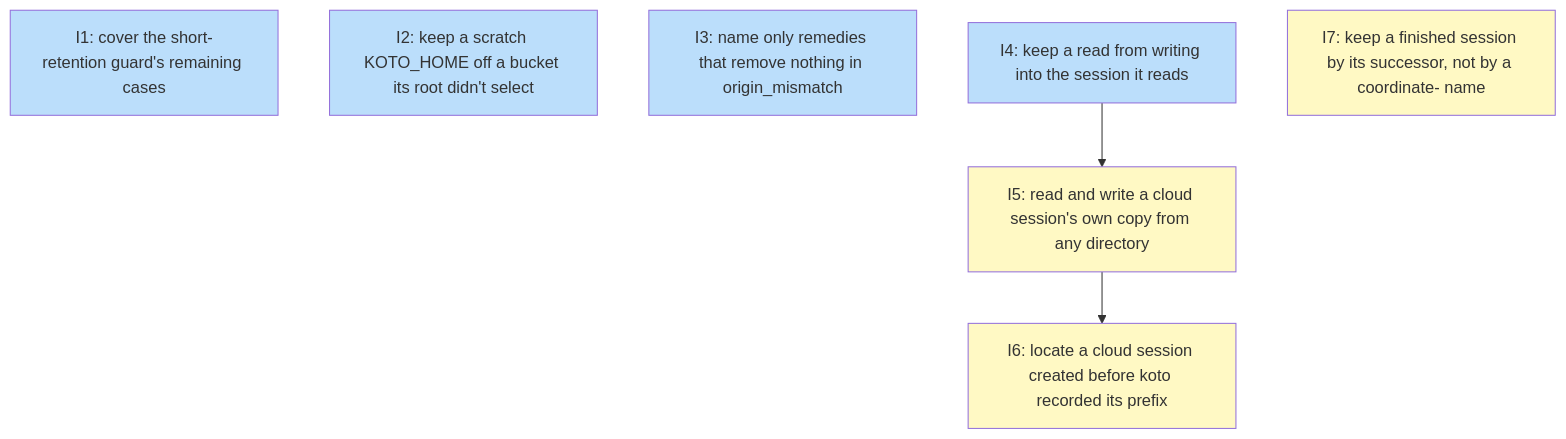
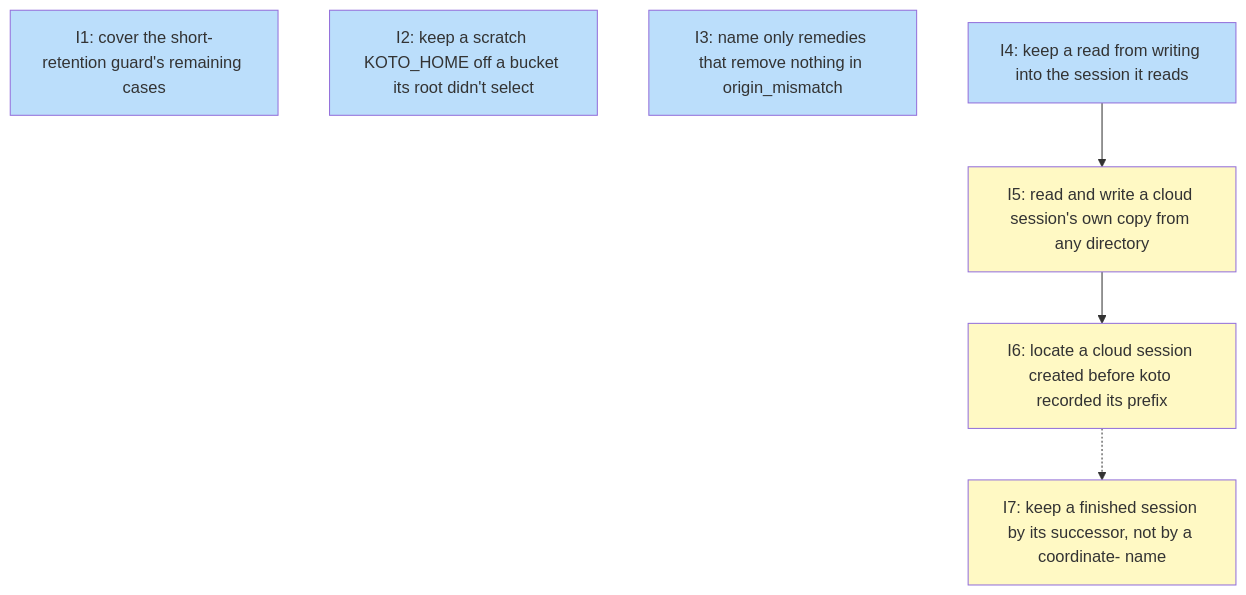
One commit to tsukumogami/koto changed the diagram in docs/plans/PLAN-koto-trusted-removal.md. Above: the diagram before and after it, drawn with Mermaid. The commit also changed other lines of this file, not shown here.

````diff
--- a/docs/plans/PLAN-koto-trusted-removal.md
+++ b/docs/plans/PLAN-koto-trusted-removal.md
@@ -211,19 +211,20 @@
 ```mermaid
 graph TD
     I1["I1: cover the short-retention guard's remaining cases"]
     I2["I2: keep a scratch KOTO_HOME off a bucket its root didn't select"]
     I3["I3: name only remedies that remove nothing in origin_mismatch"]
     I4["I4: keep a read from writing into the session it reads"]
     I5["I5: read and write a cloud session's own copy from any directory"]
     I6["I6: locate a cloud session created before koto recorded its prefix"]
     I7["I7: keep a finished session by its successor, not by a coordinate- name"]
     I4 --> I5
     I5 --> I6
+    I6 -.-> I7
 
     classDef done fill:#c8e6c9
     classDef ready fill:#bbdefb
     classDef blocked fill:#fff9c4
 
     class I1,I2,I3,I4 ready
     class I5,I6,I7 blocked
 ```
````
